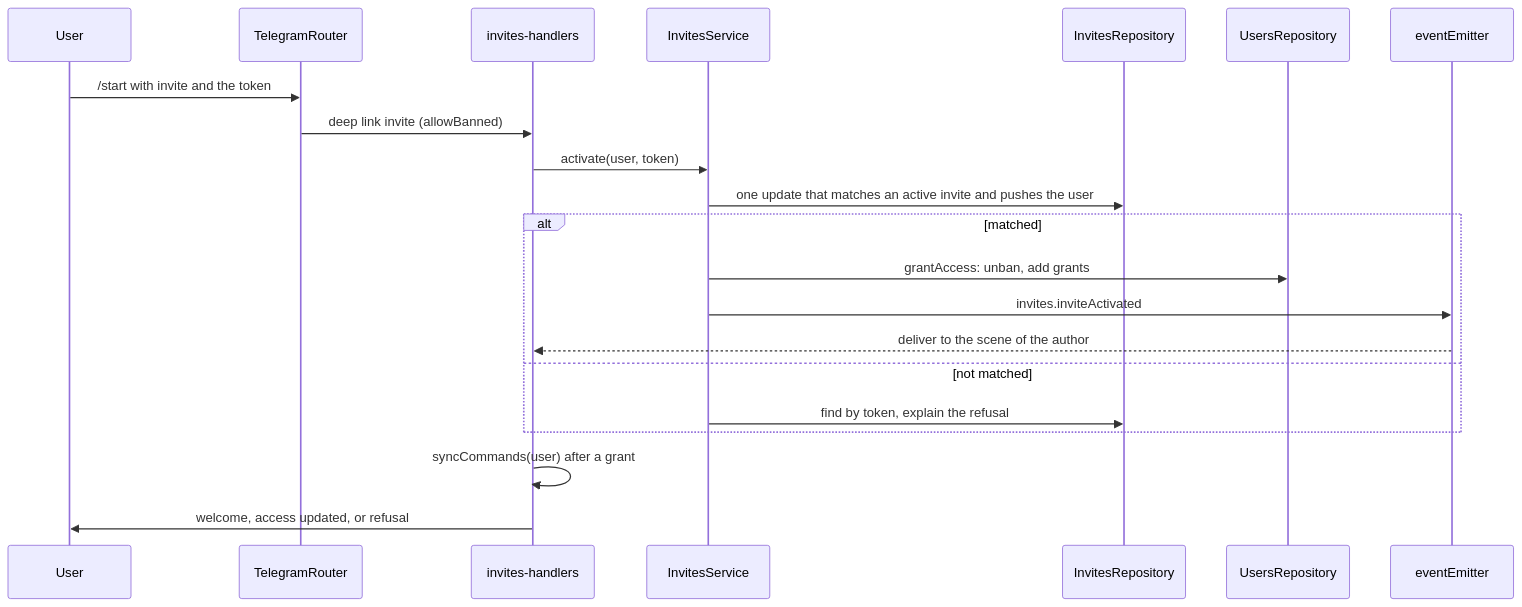
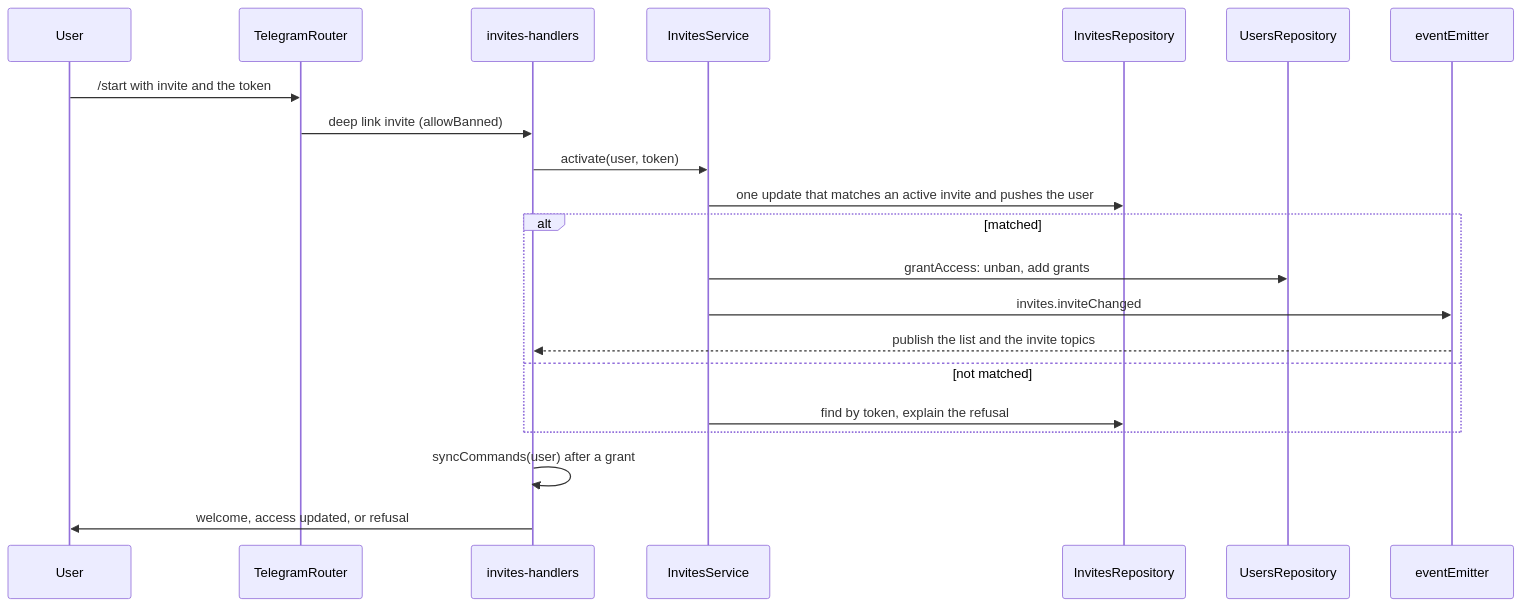
Before and after one commit to ayuvlasenko/smart-assistant: the first of 2 diagrams in apps/server/src/plugins/app/invites/README.md, drawn with Mermaid. The commit also changed other lines of this file and 17 other files, not shown here.

First line of the commit message:
feat: publish scene updates to the scenes that watch a topic

````diff
--- a/apps/server/src/plugins/app/invites/README.md
+++ b/apps/server/src/plugins/app/invites/README.md
@@ -21,24 +21,24 @@
 ```mermaid
 sequenceDiagram
     participant U as User
     participant R as TelegramRouter
     participant H as invites-handlers
     participant S as InvitesService
     participant I as InvitesRepository
     participant Us as UsersRepository
     participant E as eventEmitter
 
     U->>R: /start with invite and the token
     R->>H: deep link invite (allowBanned)
     H->>S: activate(user, token)
     S->>I: one update that matches an active invite and pushes the user
     alt matched
         S->>Us: grantAccess: unban, add grants
-        S->>E: invites.inviteActivated
-        E-->>H: deliver to the scene of the author
+        S->>E: invites.inviteChanged
+        E-->>H: publish the list and the invite topics
     else not matched
         S->>I: find by token, explain the refusal
     end
     H->>H: syncCommands(user) after a grant
     H->>U: welcome, access updated, or refusal
 ```
````
